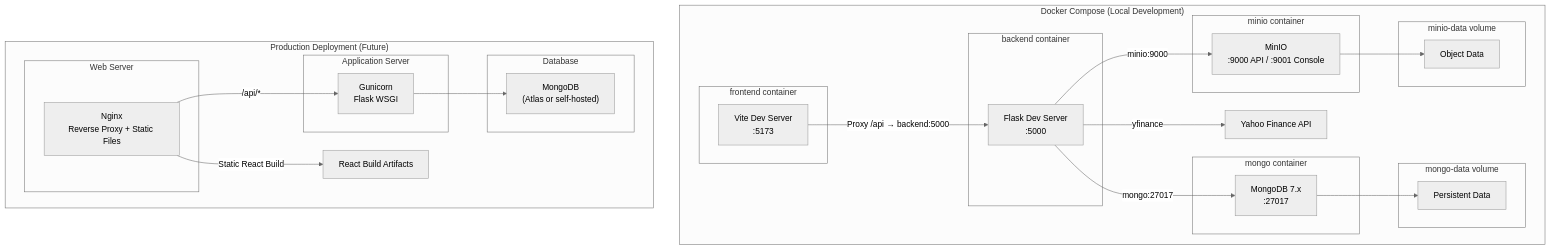
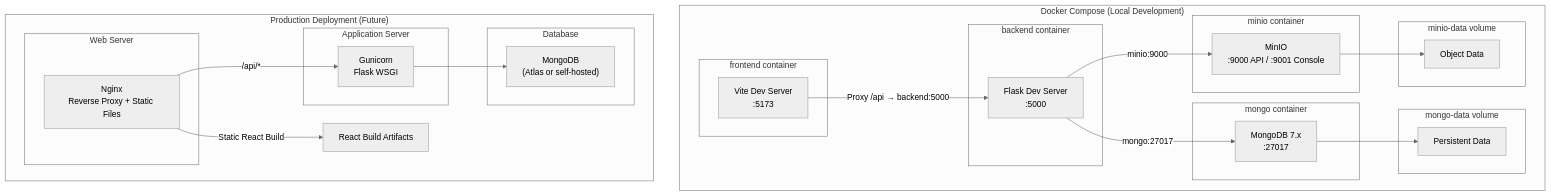
Before and after one commit to diridevelops/JanusEdge: the seventh of 12 diagrams in docs/architecture/architecture.md, drawn with Mermaid (neutral theme). The commit also changed other lines of this file and 11 other files, not shown here.

````diff
--- a/docs/architecture/architecture.md
+++ b/docs/architecture/architecture.md
@@ -313,53 +315,52 @@
 ```mermaid
 graph TB
 	subgraph DockerCompose ["Docker Compose (Local Development)"]
 		subgraph FrontendContainer ["frontend container"]
 			Vite["Vite Dev Server<br/>:5173"]
 		end
         
 		subgraph BackendContainer ["backend container"]
 			Flask["Flask Dev Server<br/>:5000"]
 		end
         
 		subgraph MongoContainer ["mongo container"]
 			MongoDB["MongoDB 7.x<br/>:27017"]
 		end
         
 		subgraph MinIOContainer ["minio container"]
 			MinIO["MinIO<br/>:9000 API / :9001 Console"]
 		end
         
 		subgraph MongoVolume ["mongo-data volume"]
 			PersistentData["Persistent Data"]
 		end
         
 		subgraph MinIOVolume ["minio-data volume"]
 			ObjectData["Object Data"]
 		end
         
 		Vite -->|"Proxy /api → backend:5000"| Flask
 		Flask -->|"mongo:27017"| MongoDB
 		Flask -->|"minio:9000"| MinIO
-		Flask -->|yfinance| YahooAPI["Yahoo Finance API"]
 		MongoDB --> PersistentData
 		MinIO --> ObjectData
 	end
     
 	subgraph Production ["Production Deployment (Future)"]
 		subgraph WebServer ["Web Server"]
 			Nginx["Nginx<br/>Reverse Proxy + Static Files"]
 		end
         
 		subgraph AppServer ["Application Server"]
 			Gunicorn["Gunicorn<br/>Flask WSGI"]
 		end
         
 		subgraph DBProd ["Database"]
 			MongoProd["MongoDB<br/>(Atlas or self-hosted)"]
 		end
         
 		Nginx -->|"/api/*"| Gunicorn
 		Nginx -->|"Static React Build"| StaticFiles["React Build Artifacts"]
 		Gunicorn --> MongoProd
 	end
 ```
````
